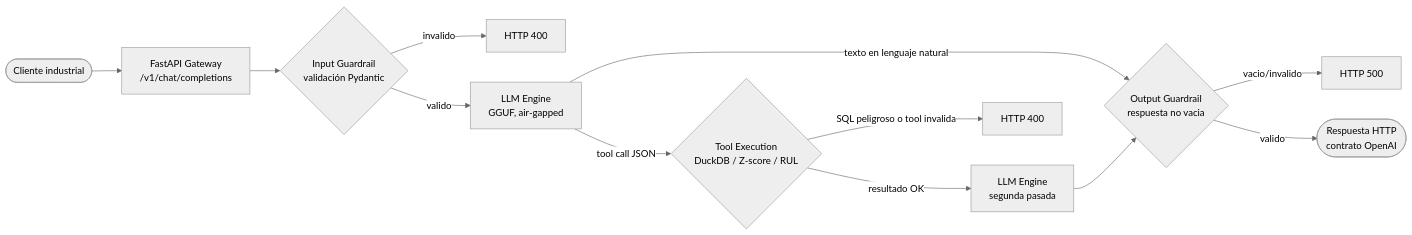
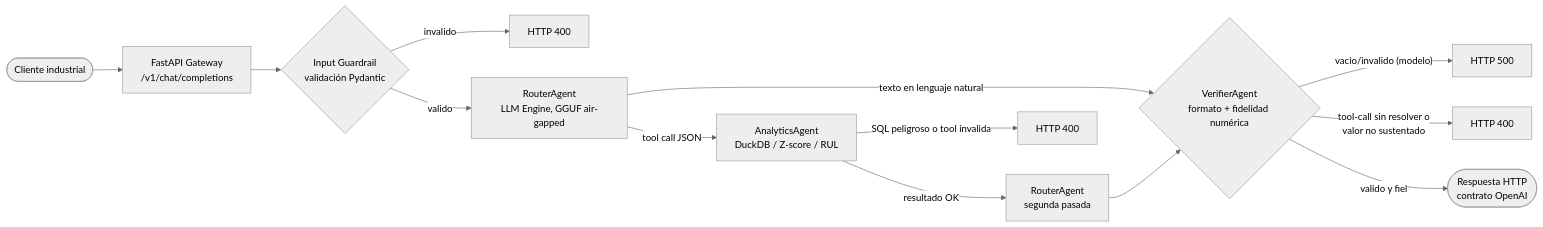
Before and after one commit to Rxyxs/slm-industrial-gateway: the diagram in README.md, drawn with Mermaid (neutral theme). The commit also changed other lines of this file and 4 other files, not shown here.

Commit message:
feat(agents): integra orquestador multi-agente (Router, Analytics, Verifier) - 277 tests en verde

````diff
--- a/README.md
+++ b/README.md
@@ -46,14 +57,15 @@
 ```mermaid
 flowchart LR
     Client(["Cliente industrial"]) --> Gateway["FastAPI Gateway<br/>/v1/chat/completions"]
     Gateway --> InGuard{"Input Guardrail<br/>validación Pydantic"}
     InGuard -- invalido --> Err400a["HTTP 400"]
-    InGuard -- valido --> Engine1["LLM Engine<br/>GGUF, air-gapped"]
-    Engine1 -- texto en lenguaje natural --> OutGuard
-    Engine1 -- tool call JSON --> Tools{"Tool Execution<br/>DuckDB / Z-score / RUL"}
-    Tools -- SQL peligroso o tool invalida --> Err400b["HTTP 400"]
-    Tools -- resultado OK --> Engine2["LLM Engine<br/>segunda pasada"]
-    Engine2 --> OutGuard{"Output Guardrail<br/>respuesta no vacia"}
-    OutGuard -- vacio/invalido --> Err500["HTTP 500"]
-    OutGuard -- valido --> Response(["Respuesta HTTP<br/>contrato OpenAI"])
+    InGuard -- valido --> Router["RouterAgent<br/>LLM Engine, GGUF air-gapped"]
+    Router -- texto en lenguaje natural --> Verifier
+    Router -- tool call JSON --> Analytics["AnalyticsAgent<br/>DuckDB / Z-score / RUL"]
+    Analytics -- SQL peligroso o tool invalida --> Err400b["HTTP 400"]
+    Analytics -- resultado OK --> Router2["RouterAgent<br/>segunda pasada"]
+    Router2 --> Verifier{"VerifierAgent<br/>formato + fidelidad numérica"}
+    Verifier -- vacio/invalido (modelo) --> Err500["HTTP 500"]
+    Verifier -- tool-call sin resolver o<br/>valor no sustentado --> Err400c["HTTP 400"]
+    Verifier -- valido y fiel --> Response(["Respuesta HTTP<br/>contrato OpenAI"])
 ```
````
